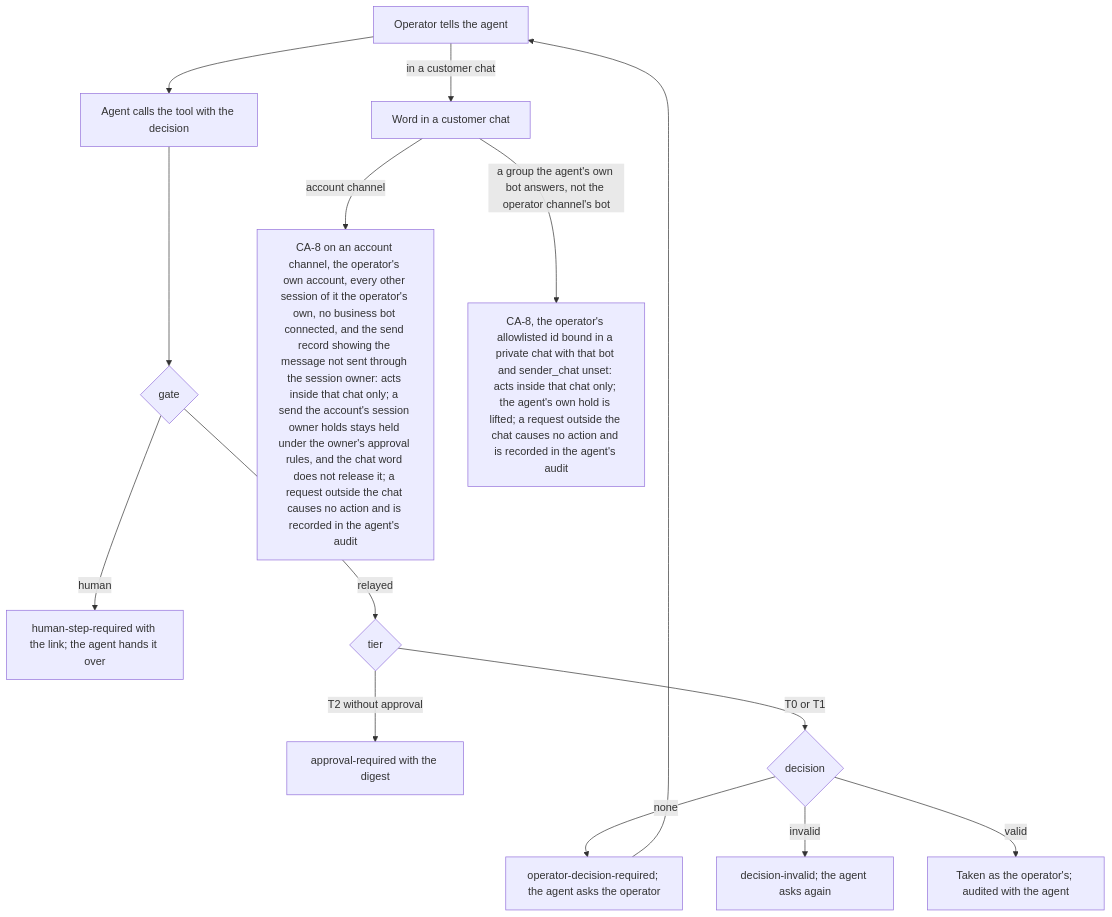
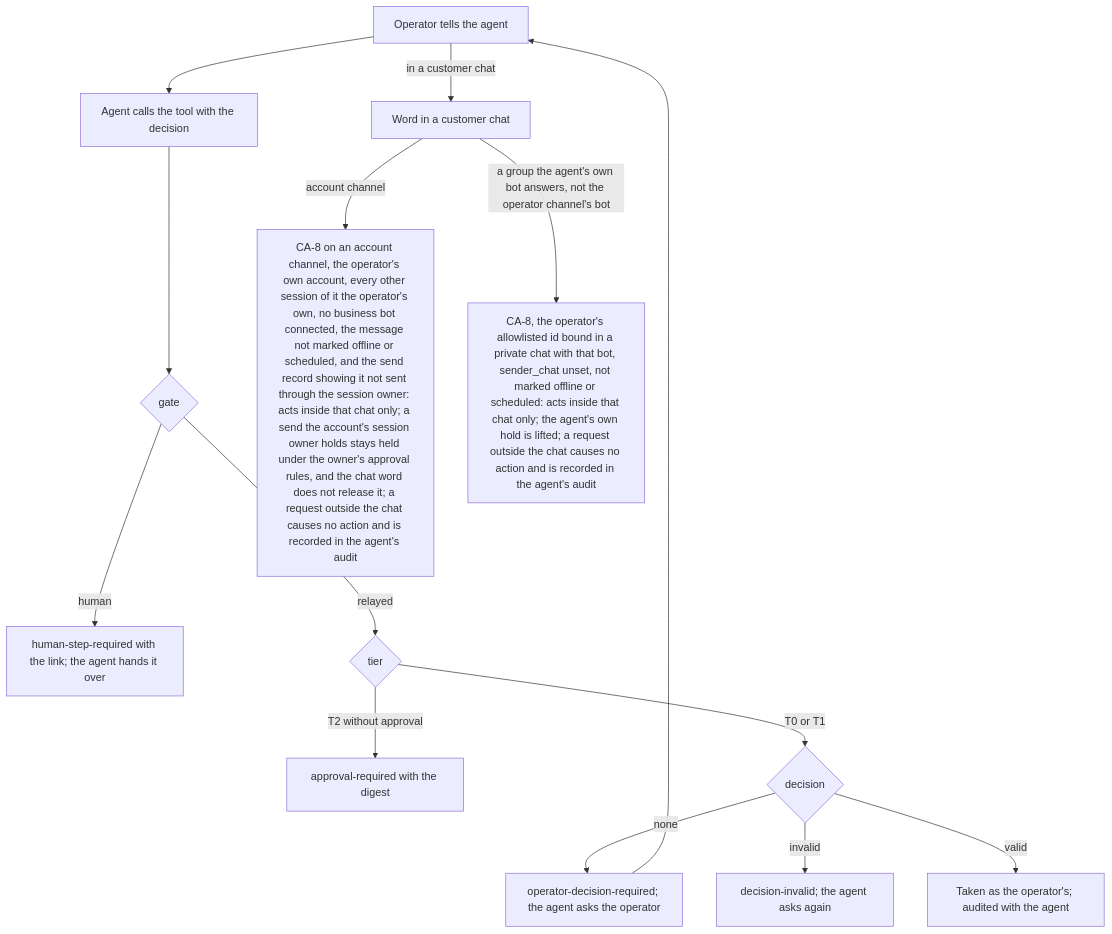
One commit to passioncode-ai/fabric-agent-contract changed diagram 29 of 34 in docs/ux/flows.md. Above: the diagram before and after it, drawn with Mermaid. The commit also changed 13 other files, not shown here.

First line of the commit message:
CT-209: round 34, the size bullet as item 4; offline or scheduled never counts

````diff
--- a/docs/ux/flows.md
+++ b/docs/ux/flows.md
@@ -745,16 +745,16 @@
 ```mermaid
 flowchart TD
   O[Operator tells the agent] --> C[Agent calls the tool with the decision]
   C --> G{gate}
   G -->|human| H[human-step-required with the link; the agent hands it over]
   G -->|relayed| T{tier}
   T -->|T2 without approval| A[approval-required with the digest]
   T -->|T0 or T1| D{decision}
   D -->|none| Q[operator-decision-required; the agent asks the operator]
   Q --> O
   D -->|invalid| I[decision-invalid; the agent asks again]
   D -->|valid| R[Taken as the operator's; audited with the agent]
   O -->|in a customer chat| W[Word in a customer chat]
-  W -->|account channel| K[CA-8 on an account channel, the operator's own account, every other session of it the operator's own, no business bot connected, and the send record showing the message not sent through the session owner: acts inside that chat only; a send the account's session owner holds stays held under the owner's approval rules, and the chat word does not release it; a request outside the chat causes no action and is recorded in the agent's audit]
-  W -->|a group the agent's own bot answers, not the operator channel's bot| B[CA-8, the operator's allowlisted id bound in a private chat with that bot and sender_chat unset: acts inside that chat only; the agent's own hold is lifted; a request outside the chat causes no action and is recorded in the agent's audit]
+  W -->|account channel| K[CA-8 on an account channel, the operator's own account, every other session of it the operator's own, no business bot connected, the message not marked offline or scheduled, and the send record showing it not sent through the session owner: acts inside that chat only; a send the account's session owner holds stays held under the owner's approval rules, and the chat word does not release it; a request outside the chat causes no action and is recorded in the agent's audit]
+  W -->|a group the agent's own bot answers, not the operator channel's bot| B[CA-8, the operator's allowlisted id bound in a private chat with that bot, sender_chat unset, not marked offline or scheduled: acts inside that chat only; the agent's own hold is lifted; a request outside the chat causes no action and is recorded in the agent's audit]
 ```
````
